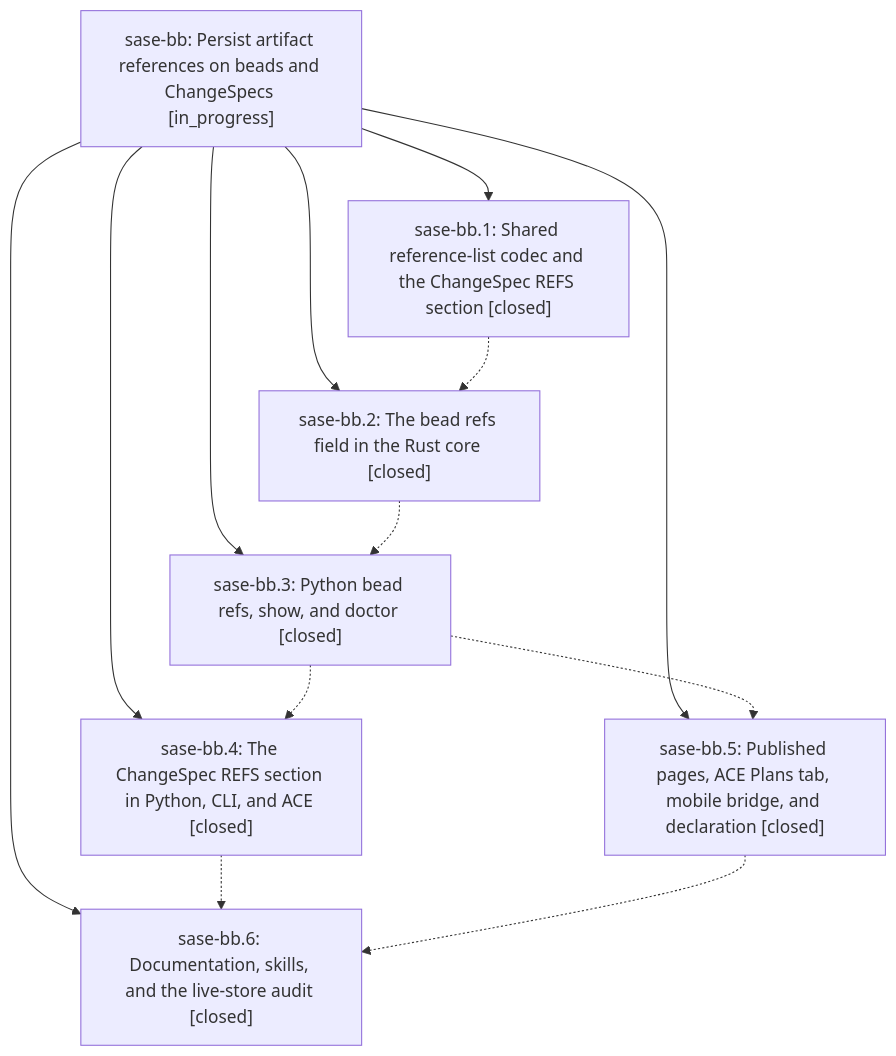
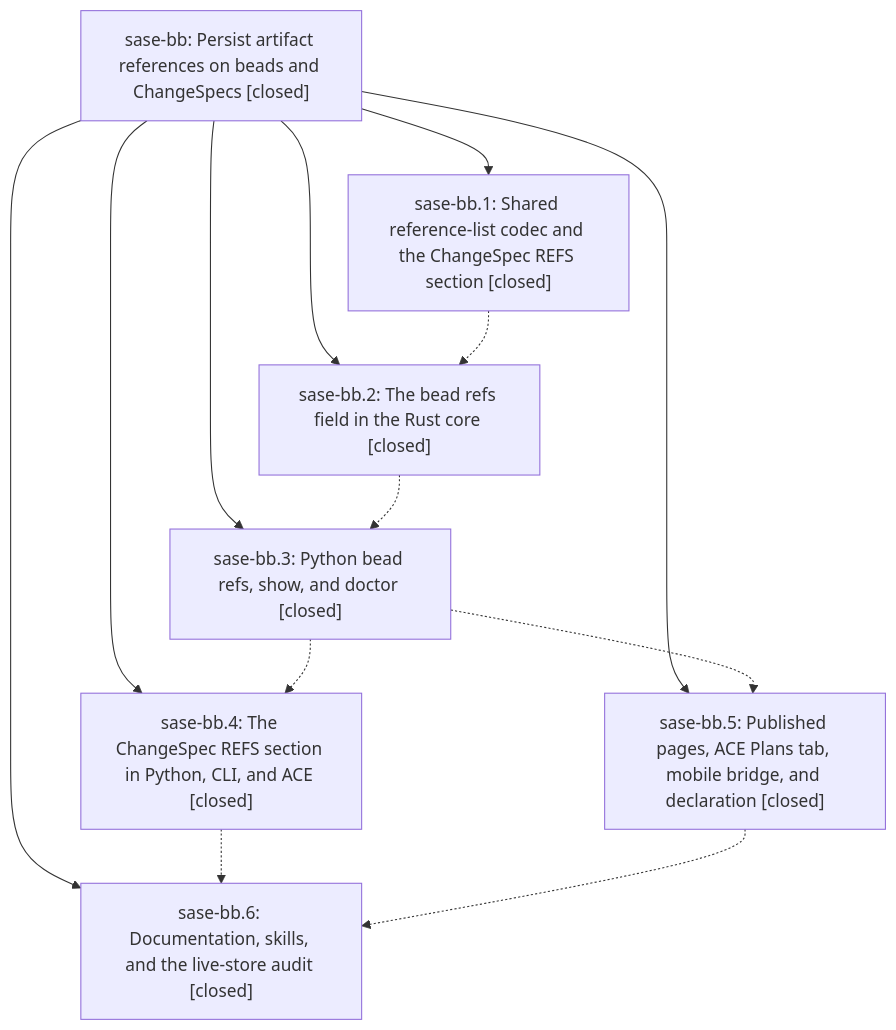
The diagram in pages/sase-bb/README.md (sase-org/sase--beads), drawn with Mermaid before and after one commit. The commit also changed other lines of this file and 1 other file, not shown here.

First line of the commit message:
chore(beads): sync bead state and pages for sase-bb

````diff
--- a/pages/sase-bb/README.md
+++ b/pages/sase-bb/README.md
@@ -27,22 +31,22 @@
 ```mermaid
 flowchart TD
-    n0["sase-bb: Persist artifact references on beads and ChangeSpecs [in_progress]"]
+    n0["sase-bb: Persist artifact references on beads and ChangeSpecs [closed]"]
     n1["sase-bb.1: Shared reference-list codec and the ChangeSpec REFS section [closed]"]
     n2["sase-bb.2: The bead refs field in the Rust core [closed]"]
     n3["sase-bb.3: Python bead refs, show, and doctor [closed]"]
     n4["sase-bb.4: The ChangeSpec REFS section in Python, CLI, and ACE [closed]"]
     n5["sase-bb.5: Published pages, ACE Plans tab, mobile bridge, and declaration [closed]"]
     n6["sase-bb.6: Documentation, skills, and the live-store audit [closed]"]
     n0 --> n1
     n0 --> n2
     n0 --> n3
     n0 --> n4
     n0 --> n5
     n0 --> n6
     n1 -.-> n2
     n2 -.-> n3
     n3 -.-> n4
     n3 -.-> n5
     n4 -.-> n6
     n5 -.-> n6
 ```
````
